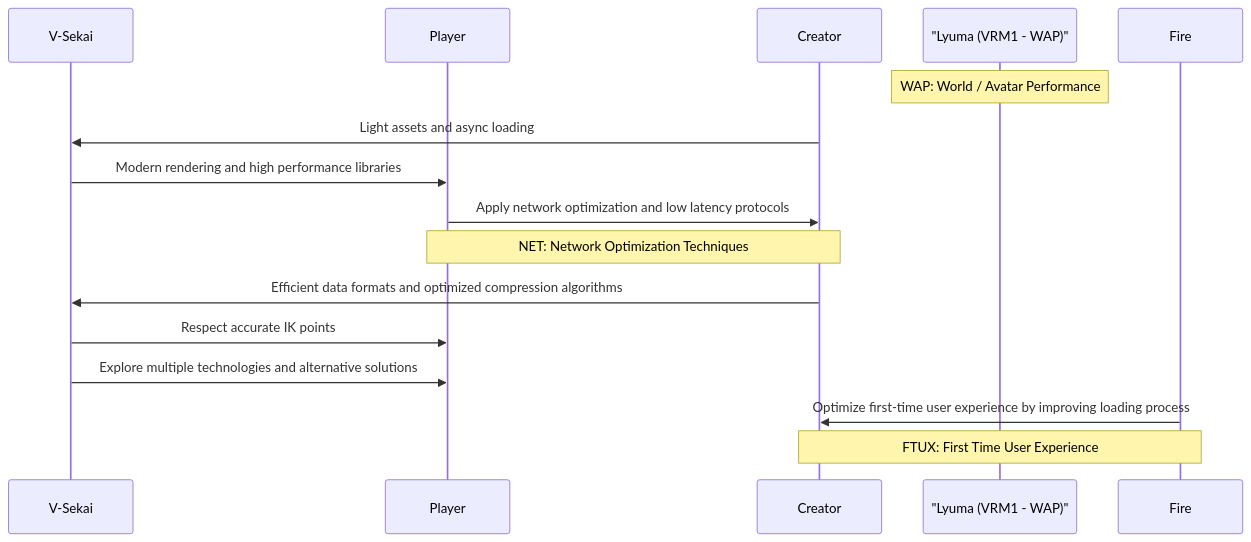
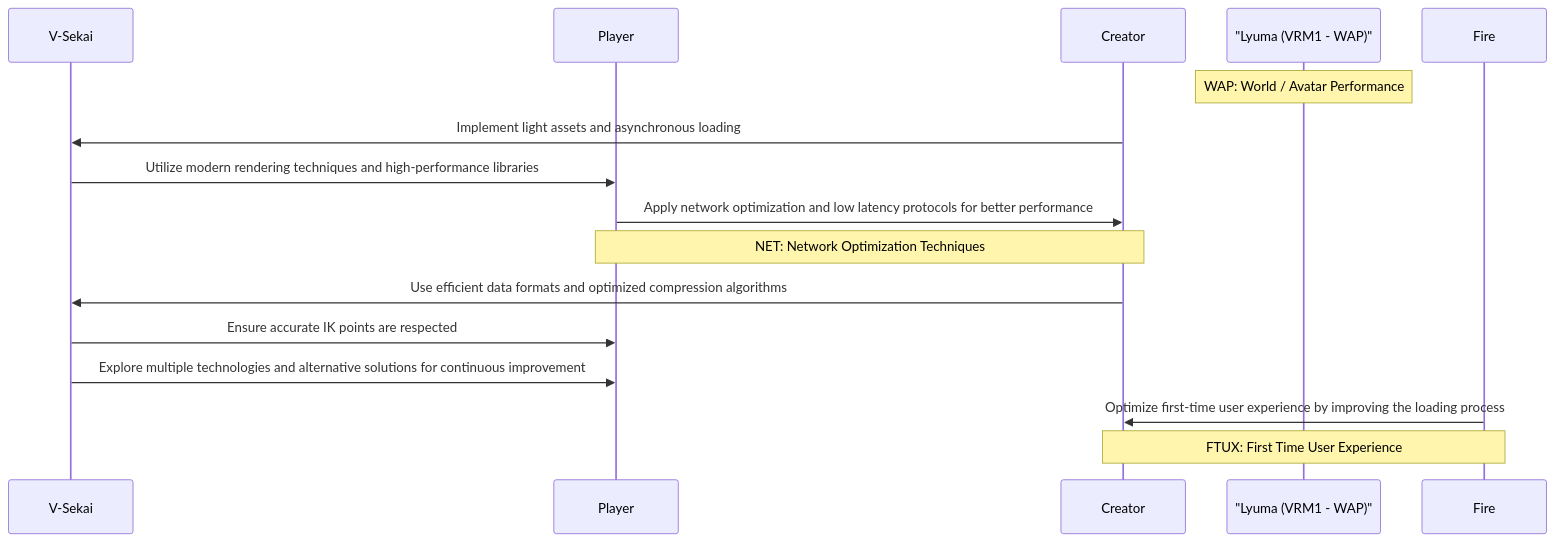
Before and after one commit to V-Sekai/manuals: the diagram in decisions/20230618-v-sekai-roadmap.md, drawn with Mermaid. The commit also changed other lines of this file, not shown here.

Commit message:
Revise wording.

````diff
--- a/decisions/20230618-v-sekai-roadmap.md
+++ b/decisions/20230618-v-sekai-roadmap.md
@@ -23,24 +23,23 @@
 ```mermaid
 sequenceDiagram
     participant V-Sekai
     participant Player
     participant Creator
     participant Lyuma as "Lyuma (VRM1 - WAP)"
     participant Fire
 
     Note over Lyuma: WAP: World / Avatar Performance
 
-    Creator->>V-Sekai: Light assets and async loading
-    V-Sekai->>Player: Modern rendering and high performance libraries
-    Player->>Creator: Apply network optimization and low latency protocols
+    Creator->>V-Sekai: Implement light assets and asynchronous loading
+    V-Sekai->>Player: Utilize modern rendering techniques and high-performance libraries
+    Player->>Creator: Apply network optimization and low latency protocols for better performance
 
     Note over Player, Creator: NET: Network Optimization Techniques
 
-    Creator->>V-Sekai: Efficient data formats and optimized compression algorithms
-    V-Sekai->>Player: Respect accurate IK points
-    V-Sekai->>Player: Explore multiple technologies and alternative solutions
-    Fire->>Creator: Optimize first-time user experience by improving loading process
+    Creator->>V-Sekai: Use efficient data formats and optimized compression algorithms
+    V-Sekai->>Player: Ensure accurate IK points are respected
+    V-Sekai->>Player: Explore multiple technologies and alternative solutions for continuous improvement
+    Fire->>Creator: Optimize first-time user experience by improving the loading process
 
     Note over Fire, Creator: FTUX: First Time User Experience
-
 ```
````
